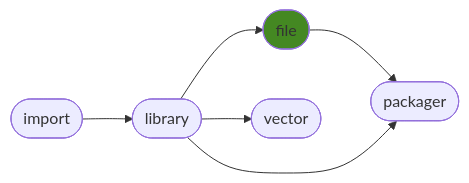
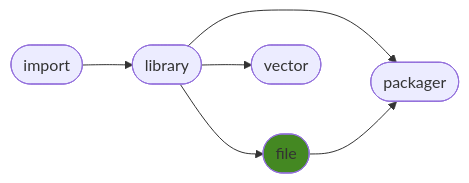
Before and after one commit to ManderaGeneral/generalfile: the diagram in README.md, drawn with Mermaid. The commit also changed other lines of this file, not shown here.

````diff
--- a/README.md
+++ b/README.md
@@ -16,14 +16,14 @@
 ```mermaid
 flowchart LR
+1([library]) --> 4([packager])
+1([library]) --> 3([vector])
 2([file]) --> 4([packager])
-1([library]) --> 3([vector])
+0([import]) --> 1([library])
 1([library]) --> 2([file])
-1([library]) --> 4([packager])
-0([import]) --> 1([library])
 click 0 "https://github.com/ManderaGeneral/generalimport"
 click 1 "https://github.com/ManderaGeneral/generallibrary"
 click 2 "https://github.com/ManderaGeneral/generalfile"
 click 3 "https://github.com/ManderaGeneral/generalvector"
 click 4 "https://github.com/ManderaGeneral/generalpackager"
 style 2 fill:#482
 ```
````
